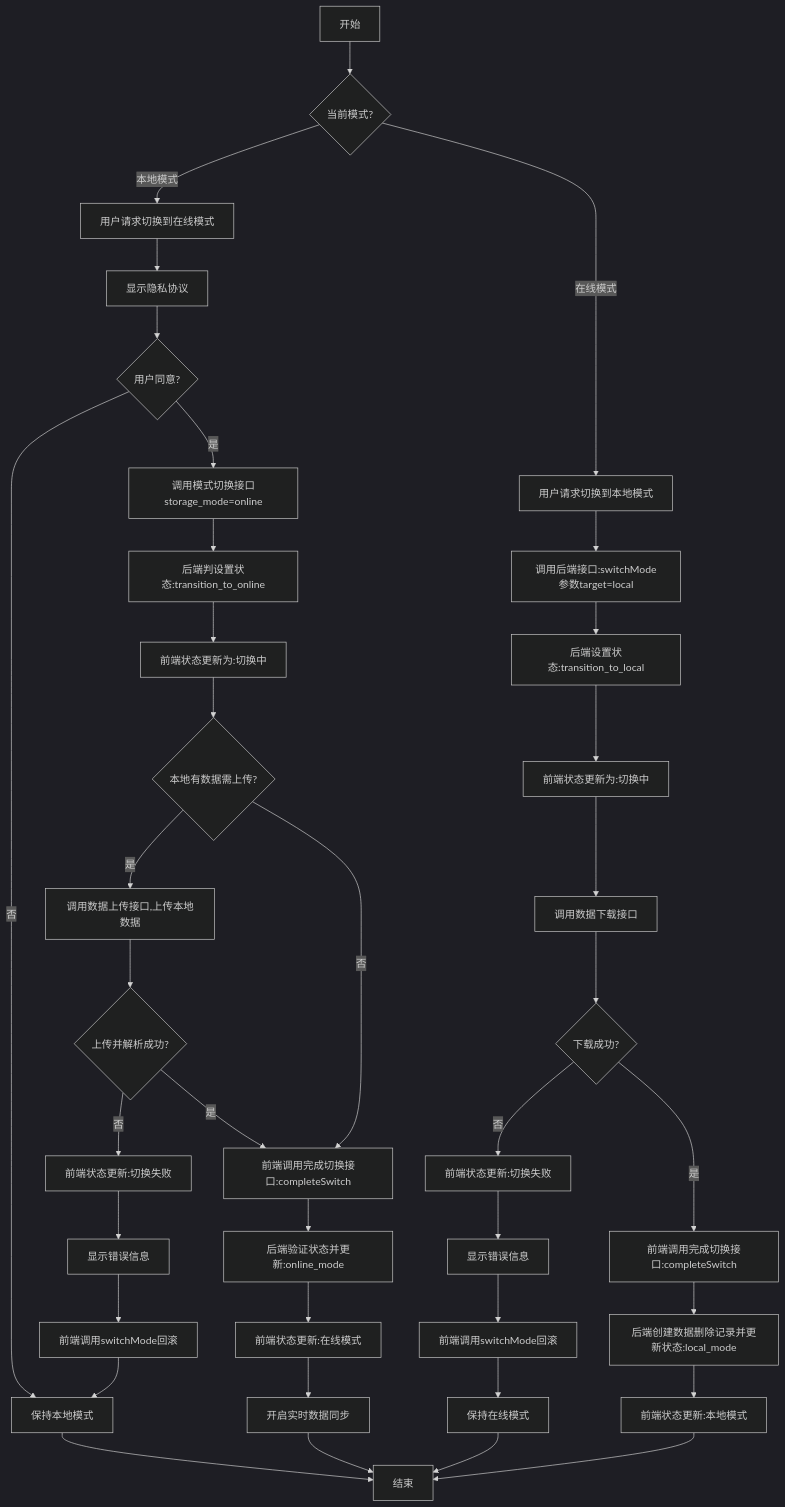
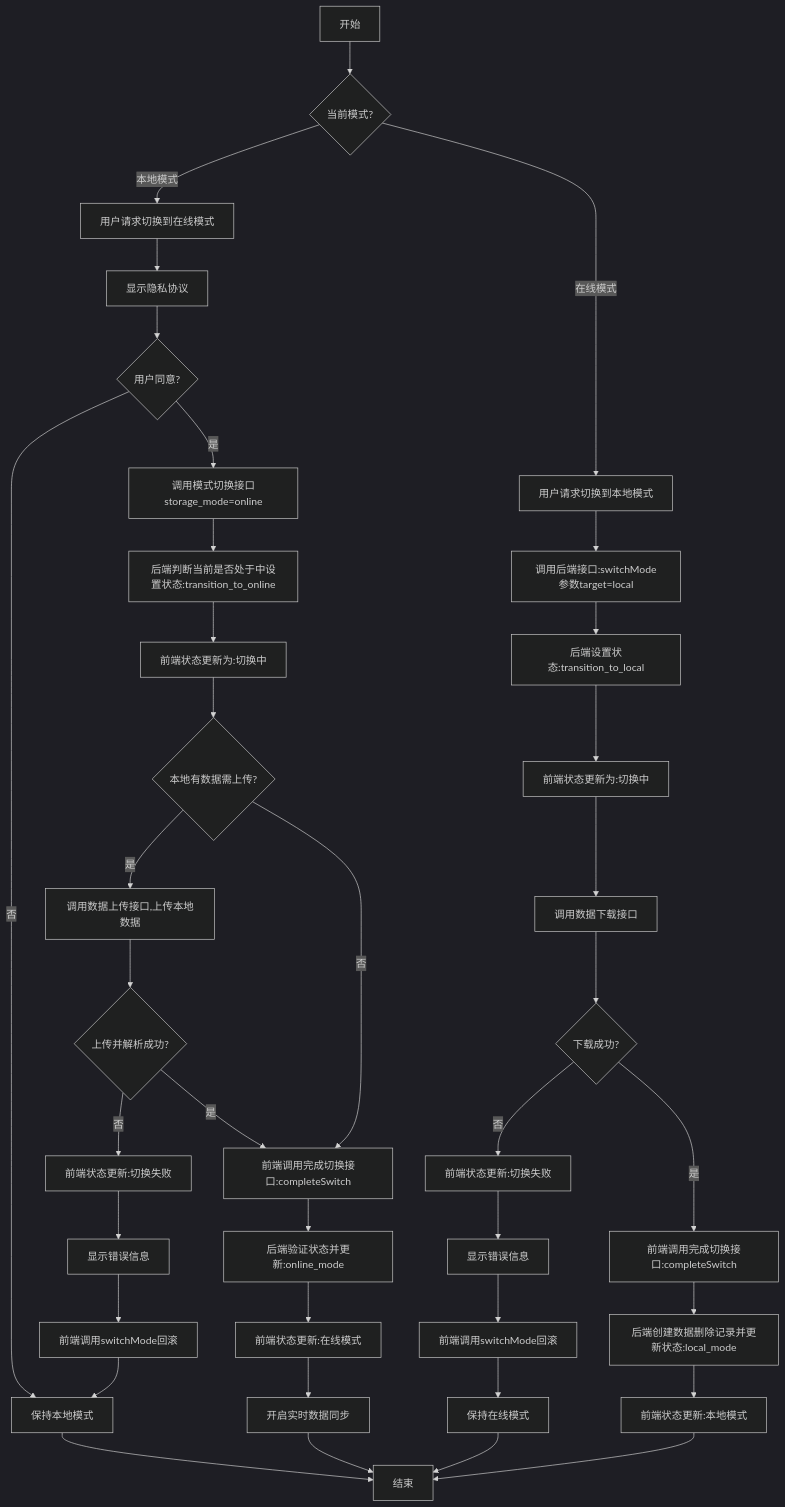
Before and after one commit to yingjianzh/iodraw-files: the diagram in all/未命名-58.md, drawn with Mermaid (dark theme).

Commit message:
2025-05-14 10:34:36 update

````diff
--- a/all/未命名-58.md
+++ b/all/未命名-58.md
@@ -1,51 +1,51 @@
 ```mermaid
 flowchart TD
     A[开始] --> B{当前模式?}
     
     %% 本地模式转在线模式
     B -->|本地模式| C[用户请求切换到在线模式]
     C --> D[显示隐私协议]
     D --> E{用户同意?}
     E -->|否| F[保持本地模式]
     F --> Z[结束]
     
     E -->|是| G[调用模式切换接口storage_mode=online]
-    G --> H[后端判设置状态:transition_to_online]
+    G --> H[后端判断当前是否处于中设置状态:transition_to_online]
     H --> I[前端状态更新为:切换中]
     
     I --> J{本地有数据需上传?}
     
     J -->|是| L[调用数据上传接口,上传本地数据]
     L --> M{上传并解析成功?}
     M -->|否| O[前端状态更新:切换失败]
     O --> P[显示错误信息]
     P --> Q[前端调用switchMode回滚]
     Q --> F
     
     J -->|否| R[前端调用完成切换接口:completeSwitch]
     M -->|是| R
     
     R --> S[后端验证状态并更新:online_mode]
     S --> T[前端状态更新:在线模式]
     T --> U[开启实时数据同步]
     U --> Z
     
     %% 在线模式转本地模式
     B -->|在线模式| V[用户请求切换到本地模式]
     V --> W[调用后端接口:switchMode参数target=local]
     W --> X[后端设置状态:transition_to_local]
     X --> Y[前端状态更新为:切换中]
     
     Y --> Z1[调用数据下载接口]
     Z1 --> AA{下载成功?}
     AA -->|否| AB[前端状态更新:切换失败]
     AB --> AC[显示错误信息]
     AC --> AD[前端调用switchMode回滚]
     AD --> AE[保持在线模式]
     AE --> Z
     
     AA -->|是| AF[前端调用完成切换接口:completeSwitch]
     AF --> AG[后端创建数据删除记录并更新状态:local_mode]
     AG --> AH[前端状态更新:本地模式]
     AH --> Z
 ```
````
